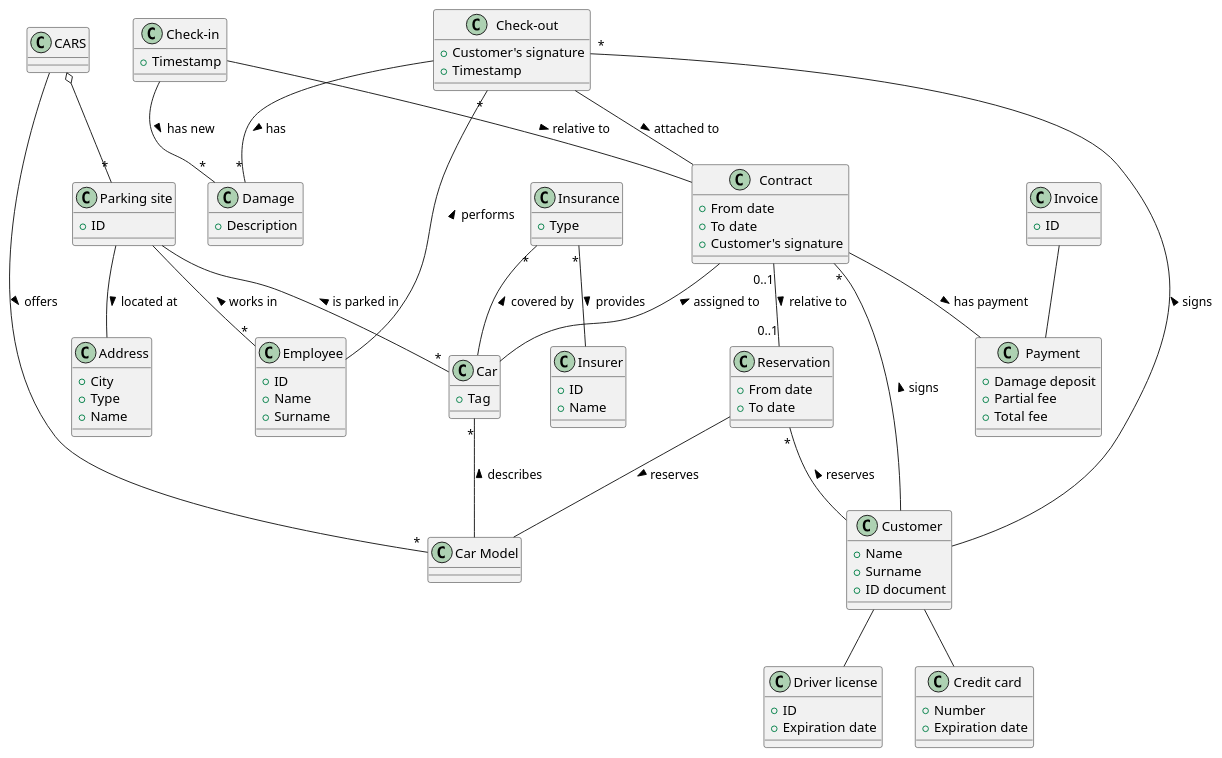
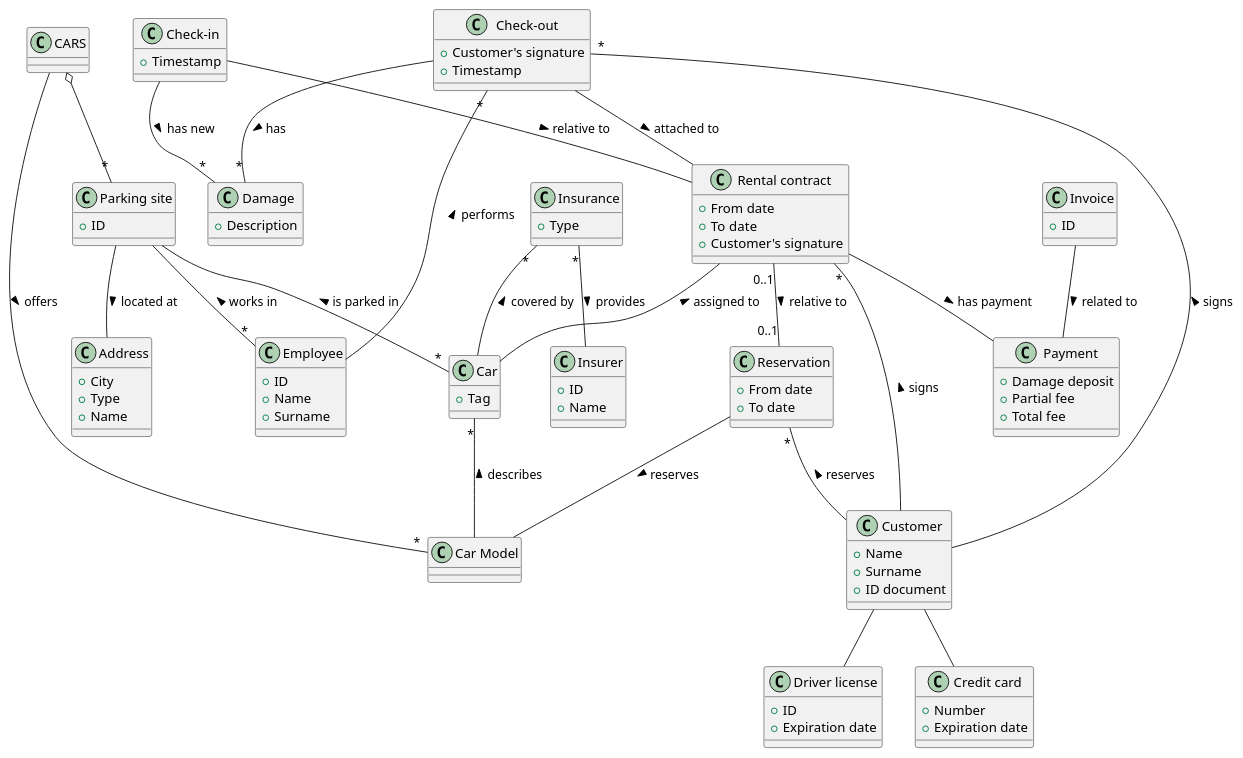
Before and after one commit to franco-ruggeri/polito-information-systems: the diagram in car_rental.md, drawn with PlantUML.

Commit message:
Minor fixes in lab 1 - car rental

````diff
--- a/car_rental.md
+++ b/car_rental.md
@@ -62,7 +62,9 @@
   ' Customer
   class Customer
   class "Driver license" as DriverLicense
+  class "Credit card" as CreditCard
   Customer -- DriverLicense
+  Customer -- CreditCard
   Customer : +Name
   Customer : +Surname
   Customer : +ID document
@@ -77,17 +79,15 @@
   Reservation : +To date
   
   ' Check-out - Part 1
-  class Contract
-  class "Credit card" as CreditCard
+  class "Rental contract" as RentalContract
   class Payment
-  Contract "*" -- Customer : signs <
-  Contract "0..1" -- "0..1" Reservation : relative to >
-  Customer -- CreditCard
-  Contract -- Payment : has payment >
-  Contract -- Car : assigned to <
-  Contract : +From date
-  Contract : +To date
-  Contract : +Customer's signature
+  RentalContract "*" -- Customer : signs <
+  RentalContract "0..1" -- "0..1" Reservation : relative to >
+  RentalContract -- Payment : has payment >
+  RentalContract -- Car : assigned to <
+  RentalContract : +From date
+  RentalContract : +To date
+  RentalContract : +Customer's signature
   CreditCard : +Number
   CreditCard : +Expiration date
   Payment : +Damage deposit
@@ -97,7 +97,7 @@
   ' Check-out - Part 2
   class "Check-out" as Checkout
   class Damage
-  Checkout -- Contract : attached to >
+  Checkout -- RentalContract : attached to >
   Checkout -- "*" Damage : has >
   Checkout "*" -- Customer : signs <
   Checkout "*" -- Employee : performs <
@@ -107,12 +107,12 @@
   
   ' Check-in
   class "Check-in" as Checkin
-  Checkin -- Contract : relative to >
+  Checkin -- RentalContract : relative to >
   Checkin -- "*" Damage : has new >
   Checkin : +Timestamp
   
   ' Invoice
   class Invoice
-  Invoice -- Payment
+  Invoice -- Payment : related to >
   Invoice : +ID
   ``` 
````
